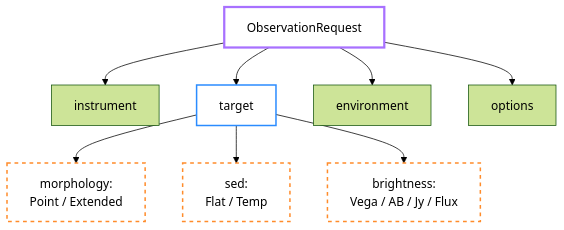
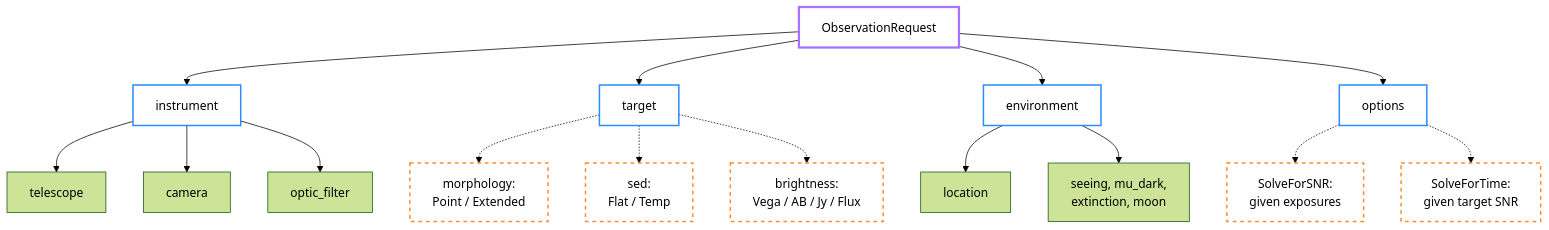
Before and after one commit to AlexLee24/CASTOR: the third of 3 diagrams in docs/architecture.md, drawn with Mermaid (forest theme). The commit also changed other lines of this file, not shown here.

Commit message:
Draw all four pillars, and stop claiming a union that is not there
The request diagram expanded `target` and left the other three as leaves, so a
reader saw one pillar's structure and no sign that the others had any. The prose
beside it already described `instrument`'s three parts and `options`' two modes;
only the picture disagreed.

Worse, the prose had `environment` implemented "as a discriminated union from
the start". It is not one: `EnvironmentCondition` is a single flat model with no
subclasses and no discriminator. The pillar that genuinely is a discriminated
union is `options`, on `type`, and neither the prose nor the diagram said so.

The diagram now expands all four and uses the edge to carry the distinction that
matters: solid for a part that is always present, dashed for alternatives the
caller picks exactly one of. That is the property worth seeing, because it is
what makes an invalid combination unrepresentable rather than merely rejected.

````diff
--- a/docs/architecture.md
+++ b/docs/architecture.md
@@ -273,25 +277,36 @@
 ```mermaid
 graph TD
-    %% Core Root
     Root[ObservationRequest]
 
-    %% Domain Pillars
     P1[instrument]
     P2[target]
     P3[environment]
     P4[options]
 
     Root --> P1 & P2 & P3 & P4
 
-    %% Target Profile Decoupling
-    P2 --> P2_1[morphology:<br/>Point / Extended]
-    P2 --> P2_2[sed:<br/>Flat / Temp]
-    P2 --> P2_3[brightness:<br/>Vega / AB / Jy / Flux]
+    P1 --> P1_1[telescope]
+    P1 --> P1_2[camera]
+    P1 --> P1_3[optic_filter]
 
-    %% Styling
+    P2 -.-> P2_1[morphology:<br/>Point / Extended]
+    P2 -.-> P2_2[sed:<br/>Flat / Temp]
+    P2 -.-> P2_3[brightness:<br/>Vega / AB / Jy / Flux]
+
+    P3 --> P3_1[location]
+    P3 --> P3_2[seeing, mu_dark,<br/>extinction, moon]
+
+    P4 -.-> P4_1[SolveForSNR:<br/>given exposures]
+    P4 -.-> P4_2[SolveForTime:<br/>given target SNR]
+
     style Root fill:transparent,stroke:#a871ff,stroke-width:3px
+    style P1 fill:transparent,stroke:#2b8cff,stroke-width:2px
     style P2 fill:transparent,stroke:#2b8cff,stroke-width:2px
+    style P3 fill:transparent,stroke:#2b8cff,stroke-width:2px
+    style P4 fill:transparent,stroke:#2b8cff,stroke-width:2px
     style P2_1 fill:transparent,stroke:#ff8c2b,stroke-width:2px,stroke-dasharray: 5 5
     style P2_2 fill:transparent,stroke:#ff8c2b,stroke-width:2px,stroke-dasharray: 5 5
     style P2_3 fill:transparent,stroke:#ff8c2b,stroke-width:2px,stroke-dasharray: 5 5
+    style P4_1 fill:transparent,stroke:#ff8c2b,stroke-width:2px,stroke-dasharray: 5 5
+    style P4_2 fill:transparent,stroke:#ff8c2b,stroke-width:2px,stroke-dasharray: 5 5
 ```
````
